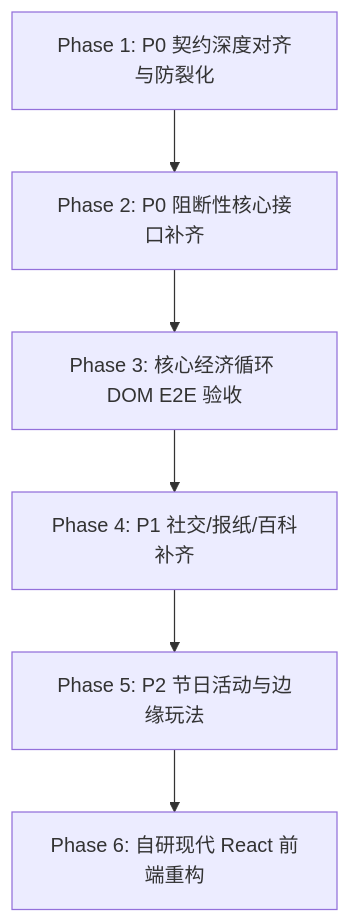
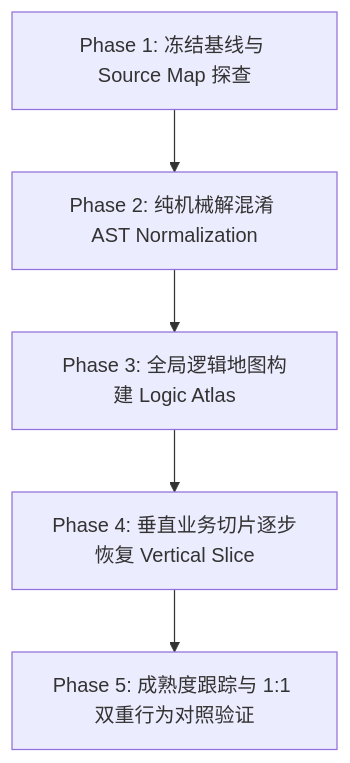
One commit to beiwater/phantom-backend-7x changed the diagram in PLAN.md. Above: the diagram before and after it, drawn with Mermaid. The commit also changed other lines of this file and 18 other files, not shown here.

````diff
--- a/PLAN.md
+++ b/PLAN.md
@@ -22,8 +12,7 @@
 ```mermaid
 flowchart TD
-    A[Phase 1: P0 契约深度对齐与防裂化] --> B[Phase 2: P0 阻断性核心接口补齐]
-    B --> C[Phase 3: 核心经济循环 DOM E2E 验收]
-    C --> D[Phase 4: P1 社交/报纸/百科补齐]
-    D --> E[Phase 5: P2 节日活动与边缘玩法]
-    E --> F[Phase 6: 自研现代 React 前端重构]
+    S1[Phase 1: 冻结基线与 Source Map 探查] --> S2[Phase 2: 纯机械解混淆 AST Normalization]
+    S2 --> S3[Phase 3: 全局逻辑地图构建 Logic Atlas]
+    S3 --> S4[Phase 4: 垂直业务切片逐步恢复 Vertical Slice]
+    S4 --> S5[Phase 5: 成熟度跟踪与 1:1 双重行为对照验证]
 ```
````
